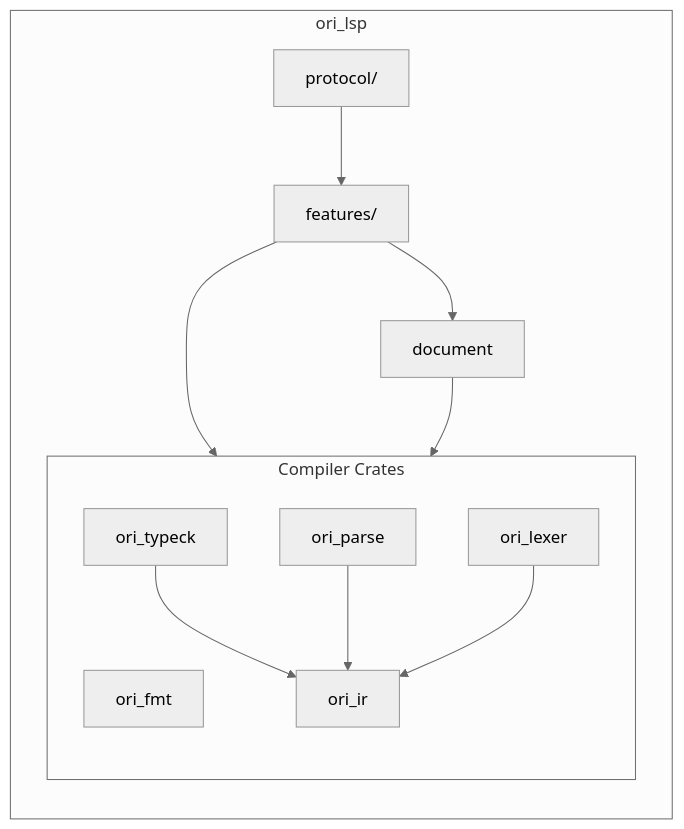
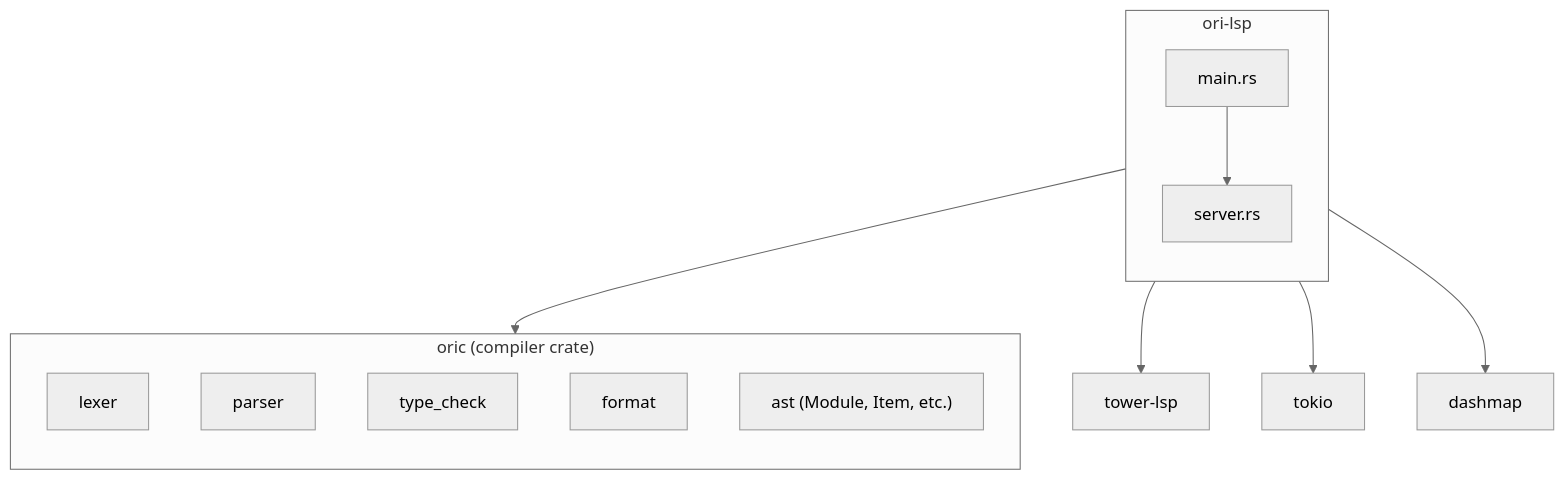
The diagram in docs/tooling/lsp/design/02-architecture/index.md (upstat-io/ori-lang), drawn with Mermaid (neutral theme) before and after one commit. The commit also changed other lines of this file and 93 other files, not shown here.

````diff
--- a/docs/tooling/lsp/design/02-architecture/index.md
+++ b/docs/tooling/lsp/design/02-architecture/index.md
@@ -39,27 +28,24 @@
 ```mermaid
 flowchart TD
-    subgraph LSP["ori_lsp"]
+    subgraph LSP["ori-lsp"]
         direction TB
-        Protocol["protocol/"]
-        Features["features/"]
-        Document["document"]
+        Main["main.rs"]
+        Server["server.rs"]
 
-        Protocol --> Features
-        Features --> Document
-        Features --> CompilerCrates
-        Document --> CompilerCrates
+        Main --> Server
     end
 
-    subgraph CompilerCrates["Compiler Crates"]
+    LSP --> oric
+    LSP --> tower-lsp
+    LSP --> tokio
+    LSP --> dashmap
+
+    subgraph oric["oric (compiler crate)"]
         direction TB
-        ori_fmt
-        ori_typeck
-        ori_parse
-        ori_lexer
-        ori_ir
-
-        ori_typeck --> ori_ir
-        ori_parse --> ori_ir
-        ori_lexer --> ori_ir
+        lexer["lexer"]
+        parser["parser"]
+        type_check["type_check"]
+        format["format"]
+        ast["ast (Module, Item, etc.)"]
     end
 ```
````
